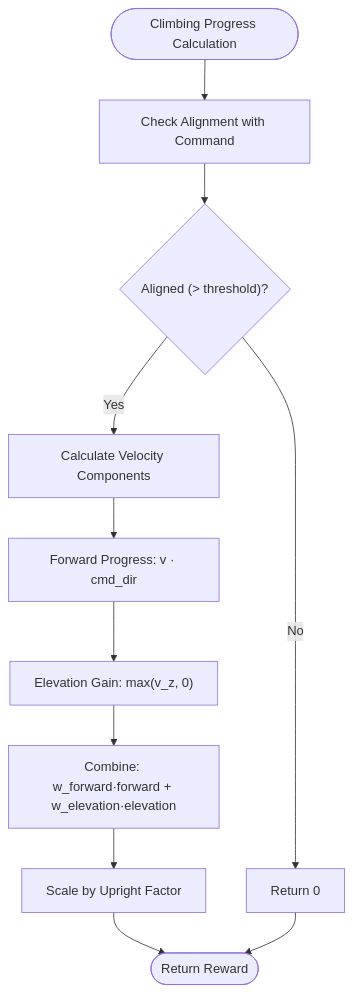
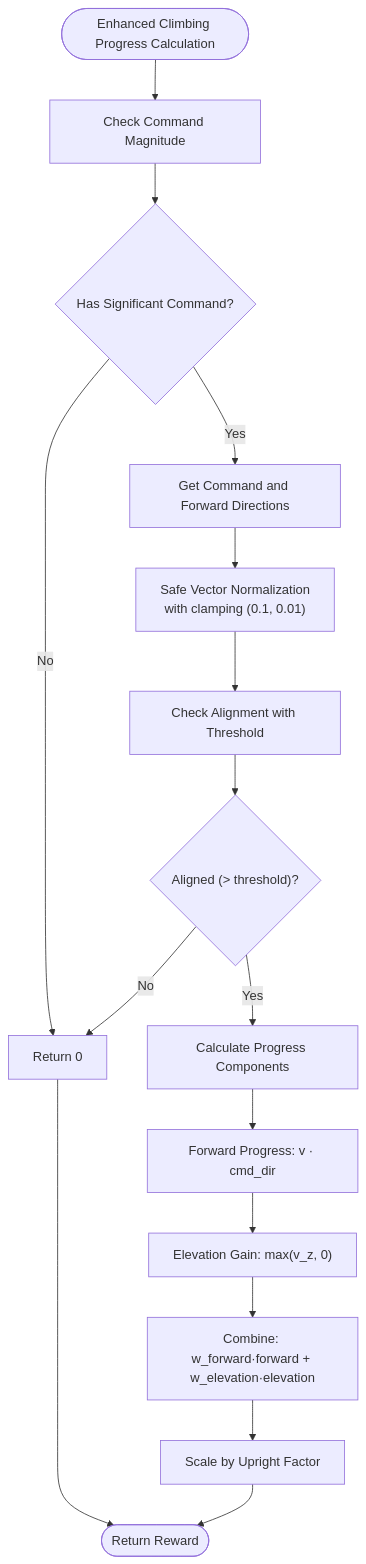
The ninth of 11 diagrams in .qoder/repowiki/en/content/Task Configuration Framework/Velocity-Based Locomotion Tasks/Reward Functions and Shaping.md (jayjayhust/robot_lab), drawn with Mermaid before and after one commit. The commit also changed other lines of this file and 6 other files, not shown here.

````diff
--- a/.qoder/repowiki/en/content/Task Configuration Framework/Velocity-Based Locomotion Tasks/Reward Functions and Shaping.md
+++ b/.qoder/repowiki/en/content/Task Configuration Framework/Velocity-Based Locomotion Tasks/Reward Functions and Shaping.md
@@ -460,13 +507,18 @@
 ```mermaid
 flowchart TD
-Start(["Climbing Progress Calculation"]) --> CheckAlign["Check Alignment with Command"]
+Start(["Enhanced Climbing Progress Calculation"]) --> CheckCmd["Check Command Magnitude"]
+CheckCmd --> HasCmd{"Has Significant Command?"}
+HasCmd --> |No| Zero["Return 0"]
+HasCmd --> |Yes| GetDir["Get Command and Forward Directions"]
+GetDir --> SafeNorm["Safe Vector Normalization<br/>with clamping (0.1, 0.01)"]
+SafeNorm --> CheckAlign["Check Alignment with Threshold"]
 CheckAlign --> IsAligned{"Aligned (> threshold)?"}
 IsAligned --> |No| Zero["Return 0"]
-IsAligned --> |Yes| CalcVel["Calculate Velocity Components"]
-CalcVel --> Forward["Forward Progress: v · cmd_dir"]
+IsAligned --> |Yes| CalcComponents["Calculate Progress Components"]
+CalcComponents --> Forward["Forward Progress: v · cmd_dir"]
 Forward --> Elev["Elevation Gain: max(v_z, 0)"]
 Elev --> Combine["Combine: w_forward·forward + w_elevation·elevation"]
 Combine --> Scale["Scale by Upright Factor"]
 Scale --> End(["Return Reward"])
 Zero --> End
 ```
````
